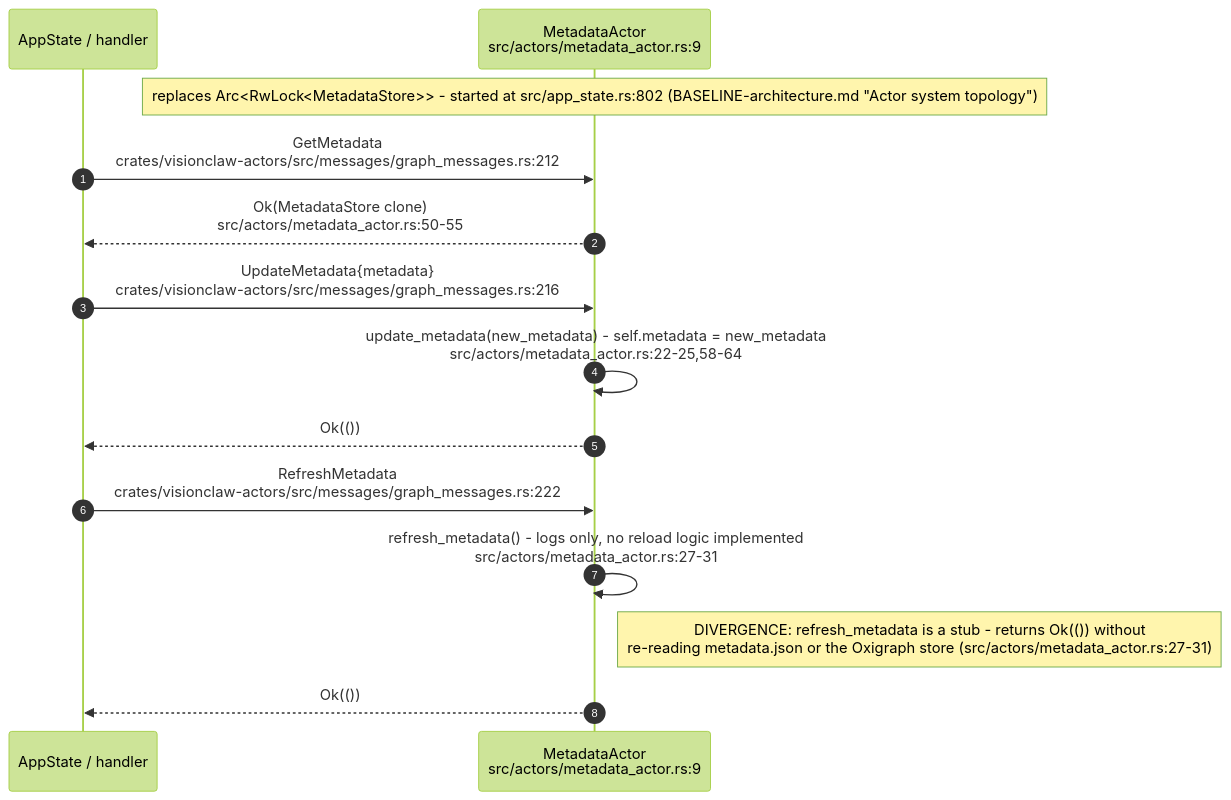
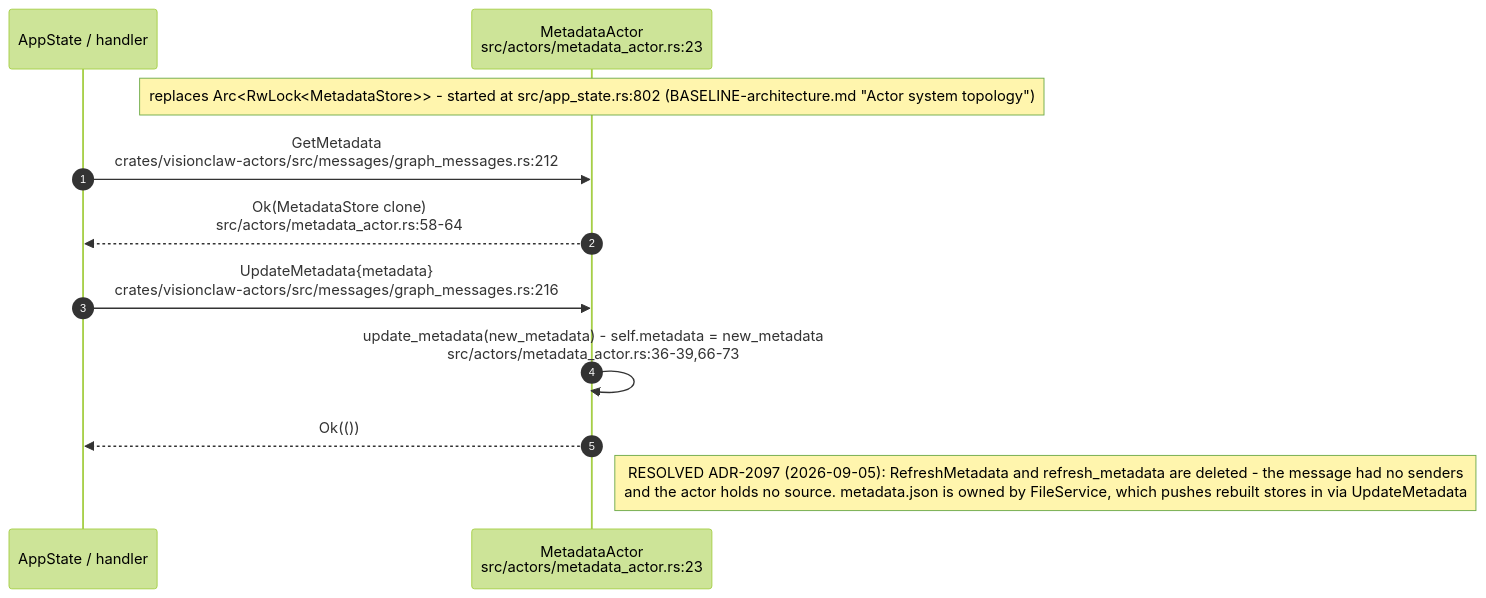
One commit to DreamLab-AI/AR-AI-Knowledge-Graph changed diagram 12 of 13 in docs/diagrams/visionclaw/25-insight-kpi-nlq-semantics.md. Above: the diagram before and after it, drawn with Mermaid (forest theme). The commit also changed other lines of this file and 172 other files, not shown here.

````diff
--- a/docs/diagrams/visionclaw/25-insight-kpi-nlq-semantics.md
+++ b/docs/diagrams/visionclaw/25-insight-kpi-nlq-semantics.md
@@ -468,17 +478,14 @@
 ```mermaid
 sequenceDiagram
     autonumber
     participant Caller as AppState / handler
-    participant MA as MetadataActor<br/>src/actors/metadata_actor.rs:9
+    participant MA as MetadataActor<br/>src/actors/metadata_actor.rs:23
 
     Note over MA: replaces Arc<RwLock<MetadataStore>> - started at src/app_state.rs:802 (BASELINE-architecture.md "Actor system topology")
     Caller->>MA: GetMetadata<br/>crates/visionclaw-actors/src/messages/graph_messages.rs:212
-    MA-->>Caller: Ok(MetadataStore clone)<br/>src/actors/metadata_actor.rs:50-55
+    MA-->>Caller: Ok(MetadataStore clone)<br/>src/actors/metadata_actor.rs:58-64
     Caller->>MA: UpdateMetadata{metadata}<br/>crates/visionclaw-actors/src/messages/graph_messages.rs:216
-    MA->>MA: update_metadata(new_metadata) - self.metadata = new_metadata<br/>src/actors/metadata_actor.rs:22-25,58-64
+    MA->>MA: update_metadata(new_metadata) - self.metadata = new_metadata<br/>src/actors/metadata_actor.rs:36-39,66-73
     MA-->>Caller: Ok(())
-    Caller->>MA: RefreshMetadata<br/>crates/visionclaw-actors/src/messages/graph_messages.rs:222
-    MA->>MA: refresh_metadata() - logs only, no reload logic implemented<br/>src/actors/metadata_actor.rs:27-31
-    Note right of MA: DIVERGENCE: refresh_metadata is a stub - returns Ok(()) without<br/>re-reading metadata.json or the Oxigraph store (src/actors/metadata_actor.rs:27-31)
-    MA-->>Caller: Ok(())
+    Note right of MA: RESOLVED ADR-2097 (2026-09-05): RefreshMetadata and refresh_metadata are deleted - the message had no senders<br/>and the actor holds no source. metadata.json is owned by FileService, which pushes rebuilt stores in via UpdateMetadata
 ```
````
